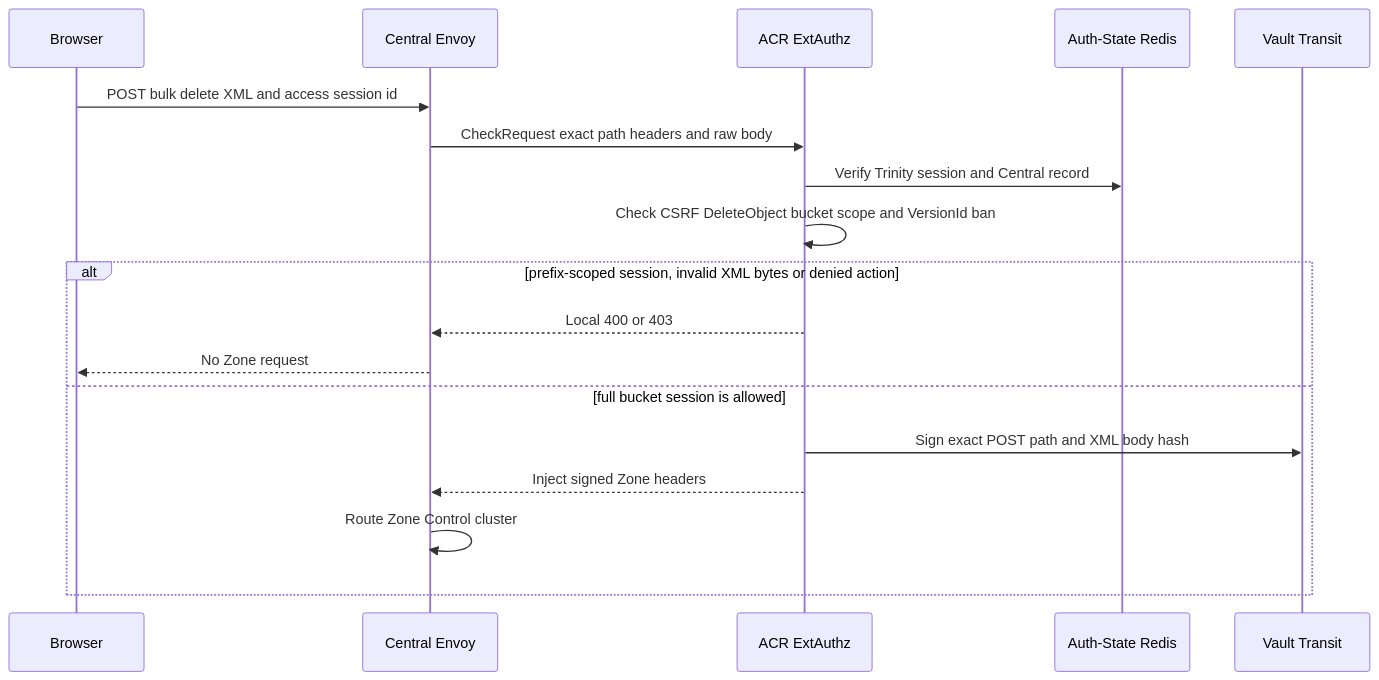
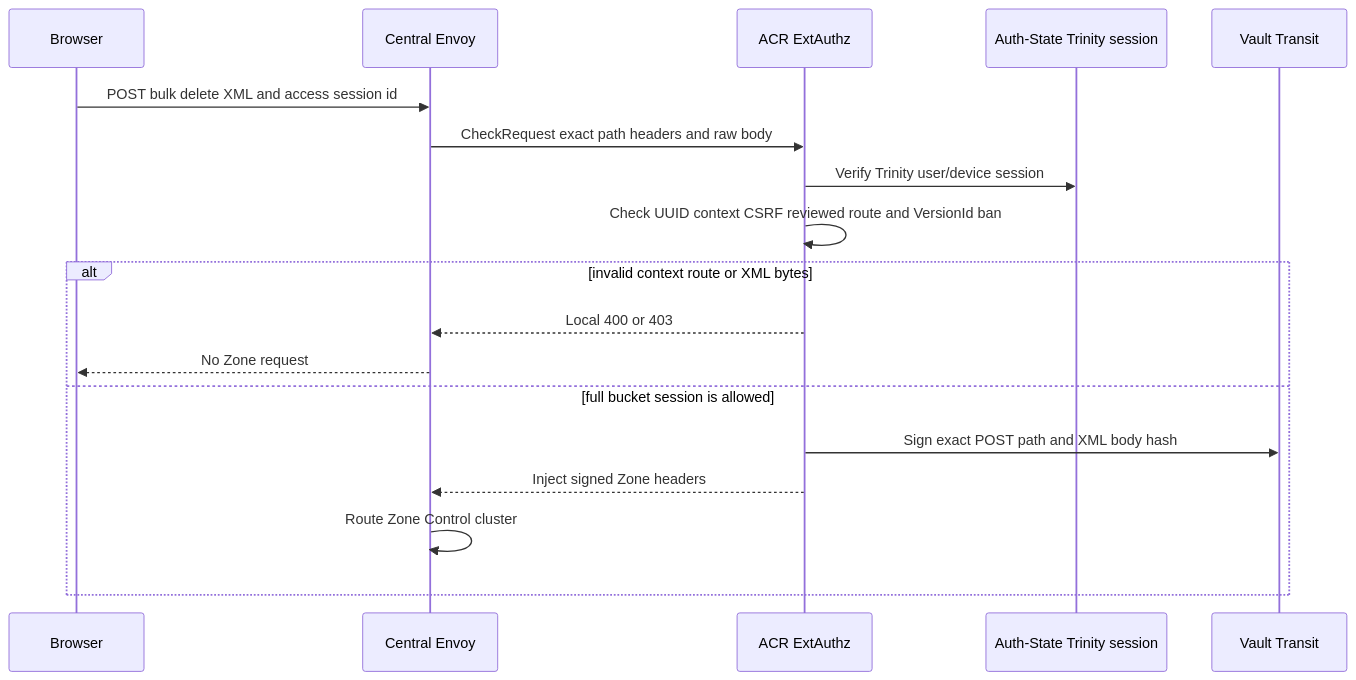
One commit to phucle996/aurora changed the first of 3 diagrams in god_view/storage/personal_storage_object_bulk_delete_god_view_workflow.md. Above: the diagram before and after it, drawn with Mermaid. The commit also changed other lines of this file and 131 other files, not shown here.

````diff
--- a/god_view/storage/personal_storage_object_bulk_delete_god_view_workflow.md
+++ b/god_view/storage/personal_storage_object_bulk_delete_god_view_workflow.md
@@ -76,21 +77,21 @@
 ```mermaid
 sequenceDiagram
     participant B as Browser
     participant E as Central Envoy
     participant A as ACR ExtAuthz
-    participant AR as Auth-State Redis
+    participant AR as Auth-State Trinity session
     participant V as Vault Transit
 
     B->>E: POST bulk delete XML and access session id
     E->>A: CheckRequest exact path headers and raw body
-    A->>AR: Verify Trinity session and Central record
-    A->>A: Check CSRF DeleteObject bucket scope and VersionId ban
-    alt prefix-scoped session, invalid XML bytes or denied action
+    A->>AR: Verify Trinity user/device session
+    A->>A: Check UUID context CSRF reviewed route and VersionId ban
+    alt invalid context route or XML bytes
         A-->>E: Local 400 or 403
         E-->>B: No Zone request
     else full bucket session is allowed
         A->>V: Sign exact POST path and XML body hash
         A-->>E: Inject signed Zone headers
         E->>E: Route Zone Control cluster
     end
 ```
````
